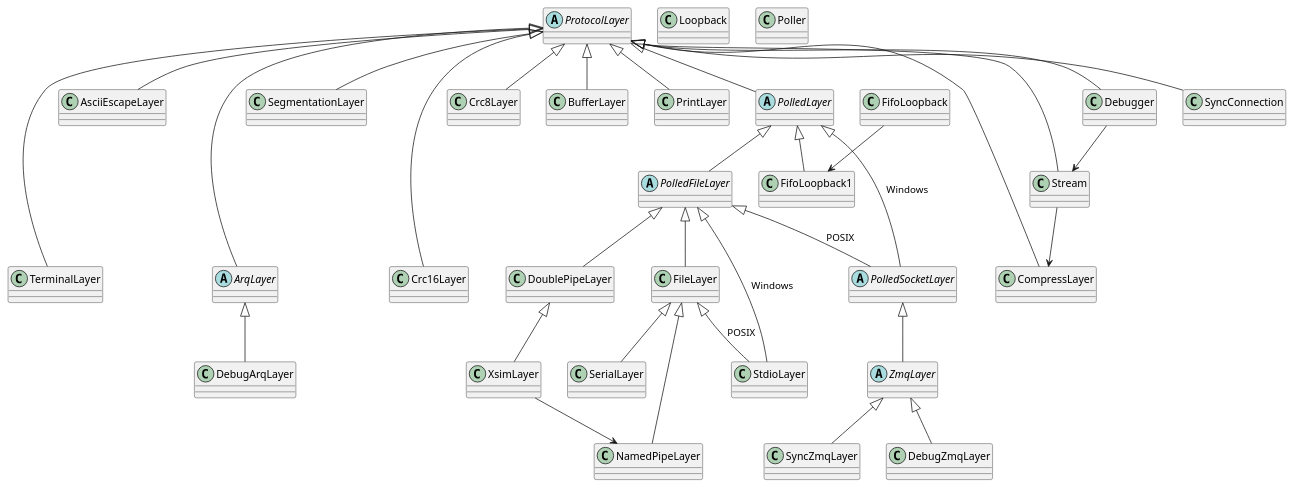
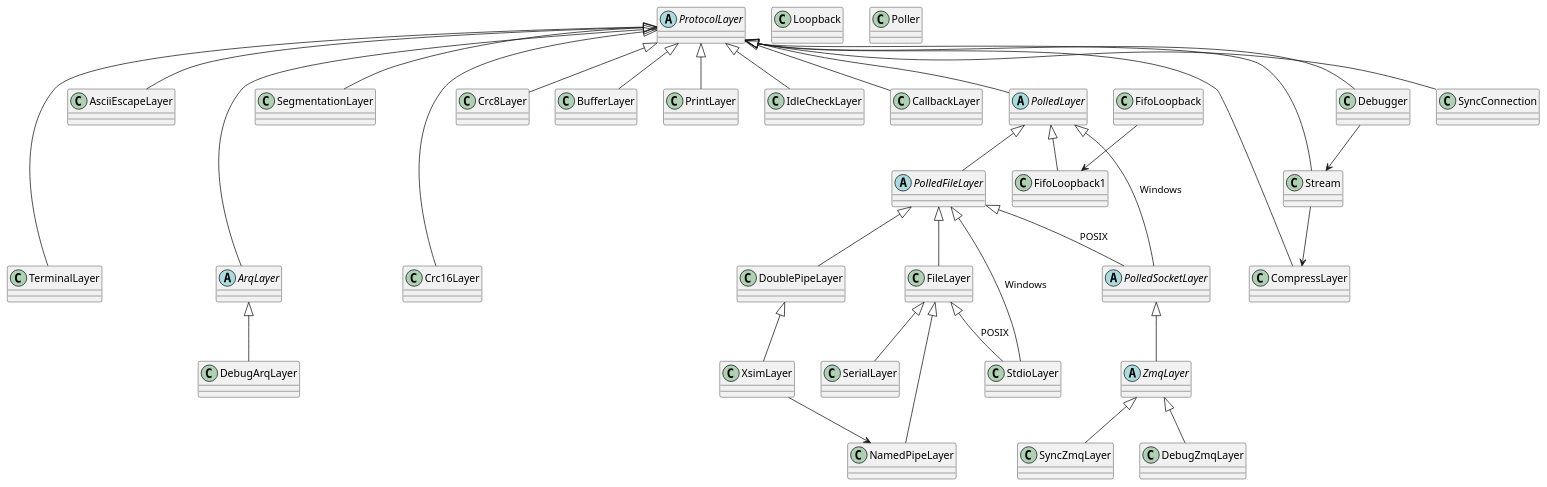
The diagram in sphinx/doc/cpp_protocol.rst (DEMCON/libstored), drawn with PlantUML before and after one commit. The commit also changed other lines of this file and 2 other files, not shown here.

```diff
--- a/sphinx/doc/cpp_protocol.rst
+++ b/sphinx/doc/cpp_protocol.rst
@@ -70,50 +70,52 @@
 .. uml::
 
    abstract ProtocolLayer
    ProtocolLayer <|-- AsciiEscapeLayer
    ProtocolLayer <|-- TerminalLayer
    AsciiEscapeLayer -[hidden]--> TerminalLayer
    ProtocolLayer <|-- SegmentationLayer
    ProtocolLayer <|-- Crc8Layer
    ProtocolLayer <|-- Crc16Layer
    Crc8Layer -[hidden]--> Crc16Layer
    ProtocolLayer <|-- BufferLayer
    ProtocolLayer <|-- PrintLayer
+   ProtocolLayer <|-- IdleCheckLayer
+   ProtocolLayer <|-- CallbackLayer
 
    abstract ArqLayer
    SegmentationLayer -[hidden]--> ArqLayer
    ProtocolLayer <|-- ArqLayer
    ArqLayer <|-- DebugArqLayer
 
    abstract PolledLayer
    abstract PolledFileLayer
    abstract PolledSocketLayer
    ProtocolLayer <|-- PolledLayer
    PolledLayer <|-- PolledFileLayer
    PolledFileLayer <|-- FileLayer
    FileLayer <|-- NamedPipeLayer
    PolledFileLayer <|-- DoublePipeLayer
    DoublePipeLayer <|-- XsimLayer
    XsimLayer --> NamedPipeLayer
    PolledLayer <|-- PolledSocketLayer : Windows
    PolledFileLayer <|-- PolledSocketLayer : POSIX
    PolledFileLayer <|-- StdioLayer : Windows
    FileLayer <|-- StdioLayer : POSIX
    ProtocolLayer <|-- CompressLayer
    PolledLayer <|-- FifoLoopback1
    FileLayer <|-- SerialLayer
 
    ProtocolLayer <|-- Stream
    Debugger --> Stream
    Stream --> CompressLayer
    ProtocolLayer <|-- Debugger
    ProtocolLayer <|-- SyncConnection
 
    abstract ZmqLayer
    PolledSocketLayer <|-- ZmqLayer
    ZmqLayer <|-- DebugZmqLayer
    ZmqLayer <|-- SyncZmqLayer
 
    class Loopback
    class Poller
    FifoLoopback --> FifoLoopback1
```
